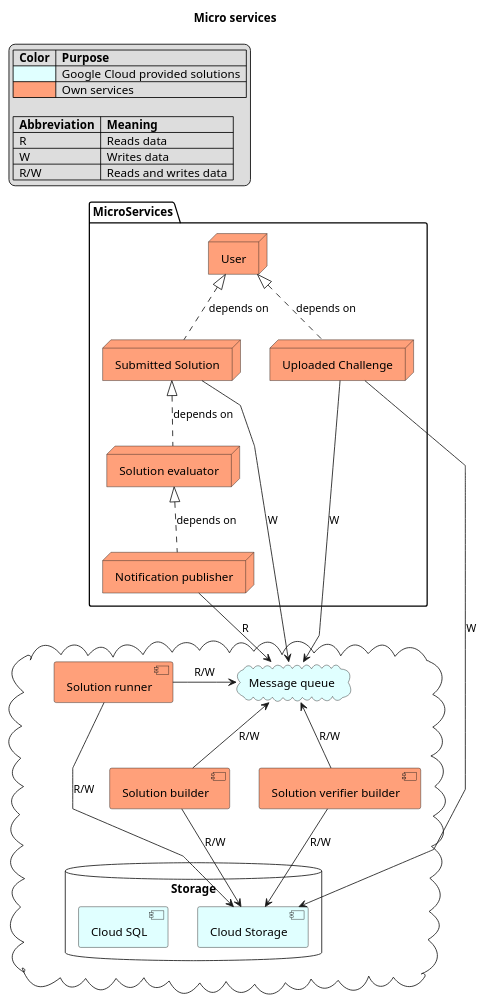
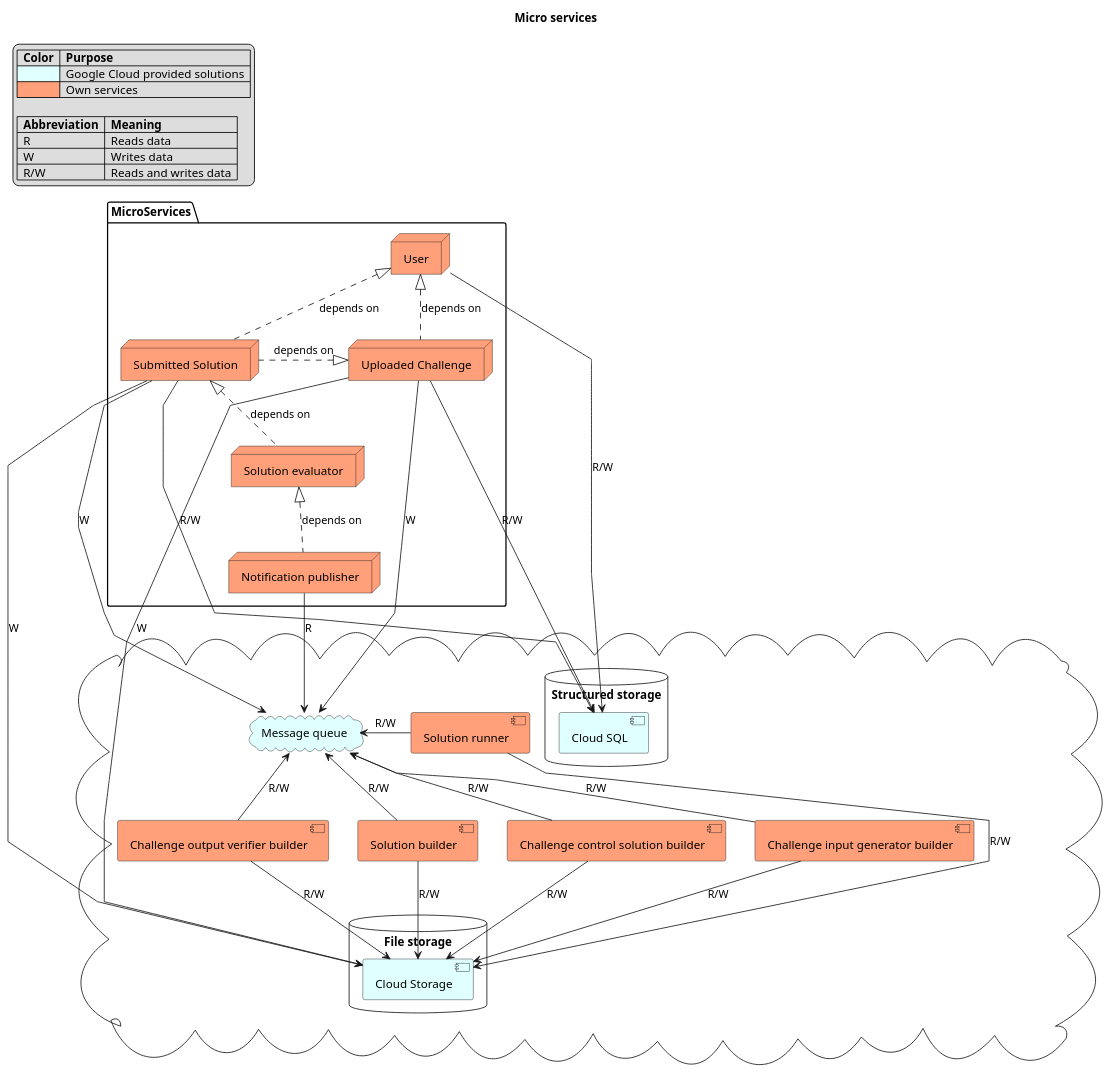
The diagram in specification/components.plantuml (nemaberci/codehub), drawn with PlantUML before and after one commit. The commit also changed 2 other files, not shown here.

Commit message:
GH-1 Updated arrows, updated challenge upload process

```diff
--- a/specification/components.plantuml
+++ b/specification/components.plantuml
@@ -1,56 +1,71 @@
 @startuml Micro Service commponents
 title Micro services
 
 skinparam Linetype polyline
 
 folder "MicroServices" {
     node "User" as user #LightSalmon
     node "Submitted Solution" as solution #LightSalmon
     node "Uploaded Challenge" as challenge #LightSalmon
     node "Solution evaluator" as evaluator #LightSalmon
     node "Notification publisher" as notification #LightSalmon
 }
 
 cloud {
     cloud "Message queue" as mq #LightCyan
-    database "Storage" {
+    database "File storage" {
         [Cloud Storage] as storage #LightCyan
+    }
+    database "Structured storage" {
         [Cloud SQL] as db #LightCyan
     }
     [Solution builder] as builder #LightSalmon
-    [Solution verifier builder] as verifierbuilder #LightSalmon
+    [Challenge control solution builder] as controlSolutionBuilder #LightSalmon
+    [Challenge input generator builder] as inputGeneratorBuilder #LightSalmon
+    [Challenge output verifier builder] as outputVerifierBuilder #LightSalmon
     [Solution runner] as runner #LightSalmon
 }
 
 solution .up.|> user : depends on
 challenge .up.|> user : depends on
 evaluator .up.|> solution : depends on
 notification .up.|> evaluator: depends on
+solution .left.|> challenge : depends on
 
 
 builder -left-> mq : R/W
 runner -right-> mq : R/W
 solution --> mq : W
 notification --> mq : R
-verifierbuilder -up-> mq : R/W
+controlSolutionBuilder -up-> mq : R/W
+inputGeneratorBuilder -up-> mq : R/W
+outputVerifierBuilder -up-> mq : R/W
 challenge -down-> mq : W
 
 
 builder -down-> storage: R/W
 runner -down-> storage : R/W
-verifierbuilder -down-> storage: R/W
+controlSolutionBuilder -down-> storage: R/W
+inputGeneratorBuilder -down-> storage: R/W
+outputVerifierBuilder -down-> storage: R/W
 challenge -down-> storage: W
+solution -down-> storage : W
+
+
+solution -down-> db : R/W
+challenge -down-> db: R/W
+user -down-> db: R/W
 
 
 legend top left
 |  **Color**  |  **Purpose**  |
 |  <#LightCyan>  |  Google Cloud provided solutions  |
 |  <#LightSalmon>  |  Own services  |
 
 |  **Abbreviation**  |  **Meaning**  |
 |  R  |  Reads data  |
 |  W  |  Writes data  |
 |  R/W  |  Reads and writes data  |
 endlegend
 
 @enduml
```
